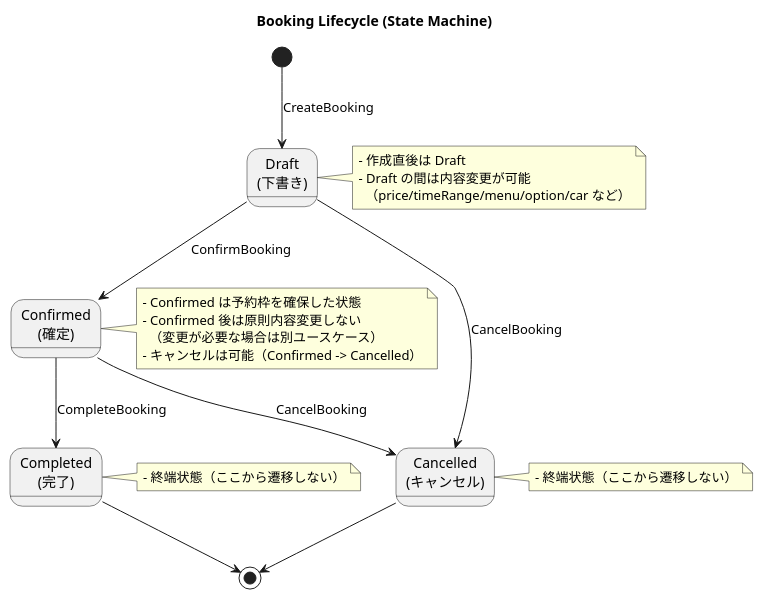
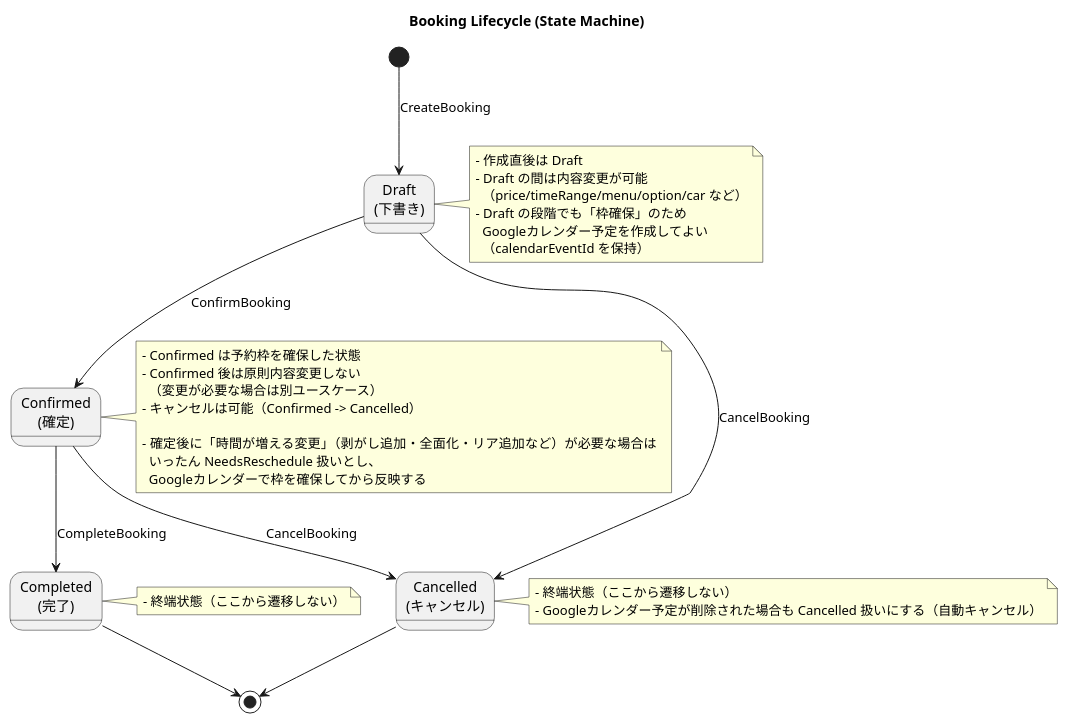
Before and after one commit to misdo-tabeyo/funny-reservation: the diagram in src/Domain/models/Booking/BookingLifecycle.pu, drawn with PlantUML. The commit also changed 2 other files, not shown here.

Commit message:
docs: CalendarEventIdのドメインモデル図を追加

```diff
--- a/src/Domain/models/Booking/BookingLifecycle.pu
+++ b/src/Domain/models/Booking/BookingLifecycle.pu
@@ -1,41 +1,49 @@
 @startuml BookingLifecycle
 title Booking Lifecycle (State Machine)
 
 state "Draft\n(下書き)" as DRAFT
 state "Confirmed\n(確定)" as CONFIRMED
 state "Cancelled\n(キャンセル)" as CANCELLED
 state "Completed\n(完了)" as COMPLETED
 
 [*] --> DRAFT : CreateBooking
 
 DRAFT --> CONFIRMED : ConfirmBooking
 DRAFT --> CANCELLED : CancelBooking
 
 CONFIRMED --> COMPLETED : CompleteBooking
 CONFIRMED --> CANCELLED : CancelBooking
 
 CANCELLED --> [*]
 COMPLETED --> [*]
 
 note right of DRAFT
   - 作成直後は Draft
   - Draft の間は内容変更が可能
     （price/timeRange/menu/option/car など）
+  - Draft の段階でも「枠確保」のため
+    Googleカレンダー予定を作成してよい
+    （calendarEventId を保持）
 end note
 
 note right of CONFIRMED
   - Confirmed は予約枠を確保した状態
   - Confirmed 後は原則内容変更しない
     （変更が必要な場合は別ユースケース）
   - キャンセルは可能（Confirmed -> Cancelled）
+
+  - 確定後に「時間が増える変更」（剥がし追加・全面化・リア追加など）が必要な場合は
+    いったん NeedsReschedule 扱いとし、
+    Googleカレンダーで枠を確保してから反映する
 end note
 
 note right of CANCELLED
   - 終端状態（ここから遷移しない）
+  - Googleカレンダー予定が削除された場合も Cancelled 扱いにする（自動キャンセル）
 end note
 
 note right of COMPLETED
   - 終端状態（ここから遷移しない）
 end note
 
 @enduml
```
